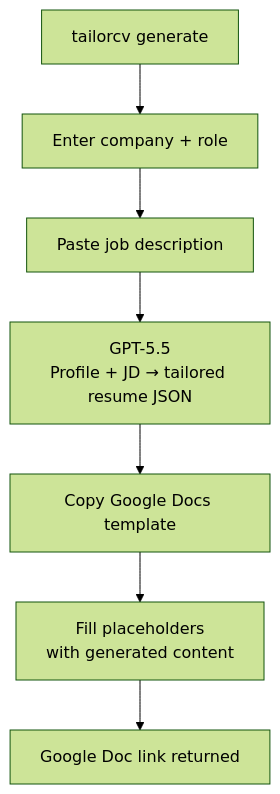
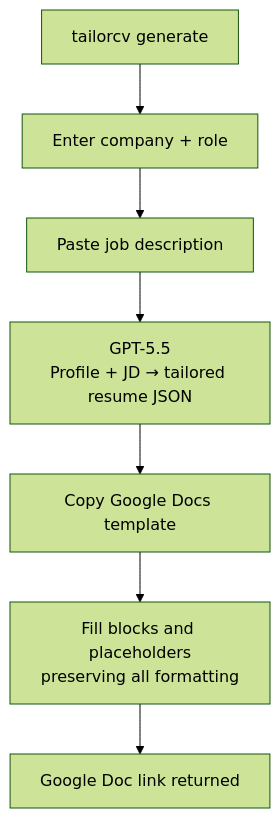
The first of 2 diagrams in README.md (RohanImmanuel/tailorcv), drawn with Mermaid (forest theme) before and after one commit. The commit also changed other lines of this file, not shown here.

````diff
--- a/README.md
+++ b/README.md
@@ -27,9 +27,9 @@
 ```mermaid
 flowchart TD
     A[tailorcv generate] --> B[Enter company + role]
     B --> C[Paste job description]
     C --> D[GPT-5.5\nProfile + JD → tailored resume JSON]
     D --> E[Copy Google Docs template]
-    E --> F[Fill placeholders\nwith generated content]
+    E --> F[Fill blocks and placeholders\npreserving all formatting]
     F --> G[Google Doc link returned]
 ```
````
